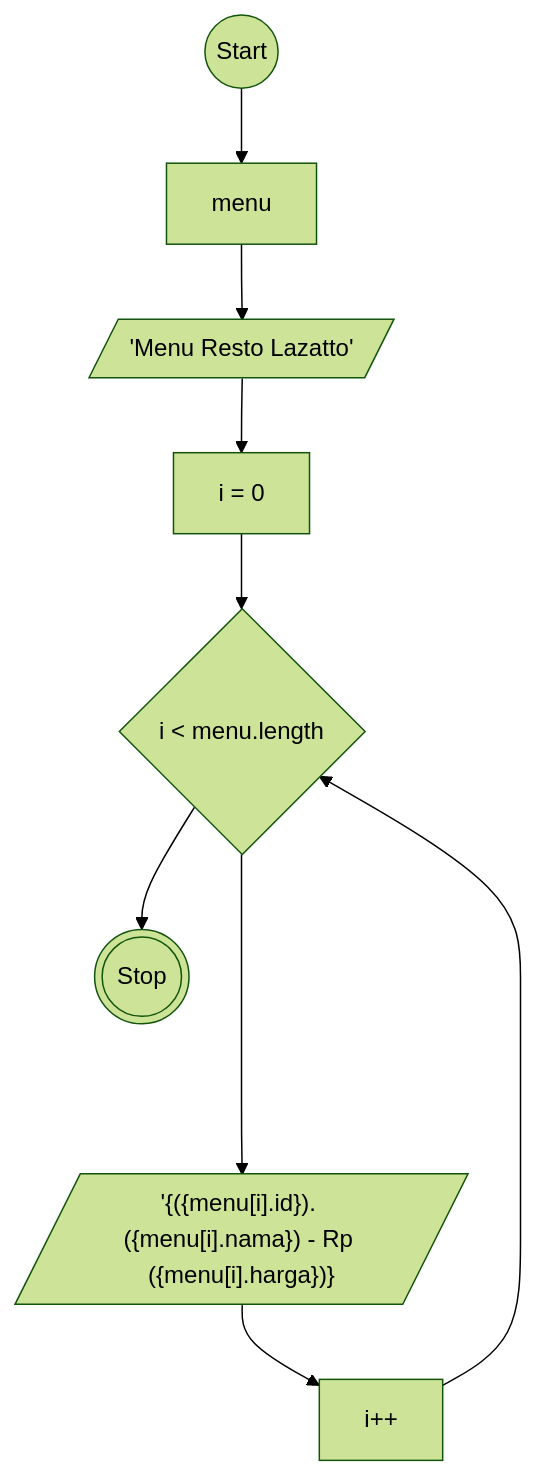
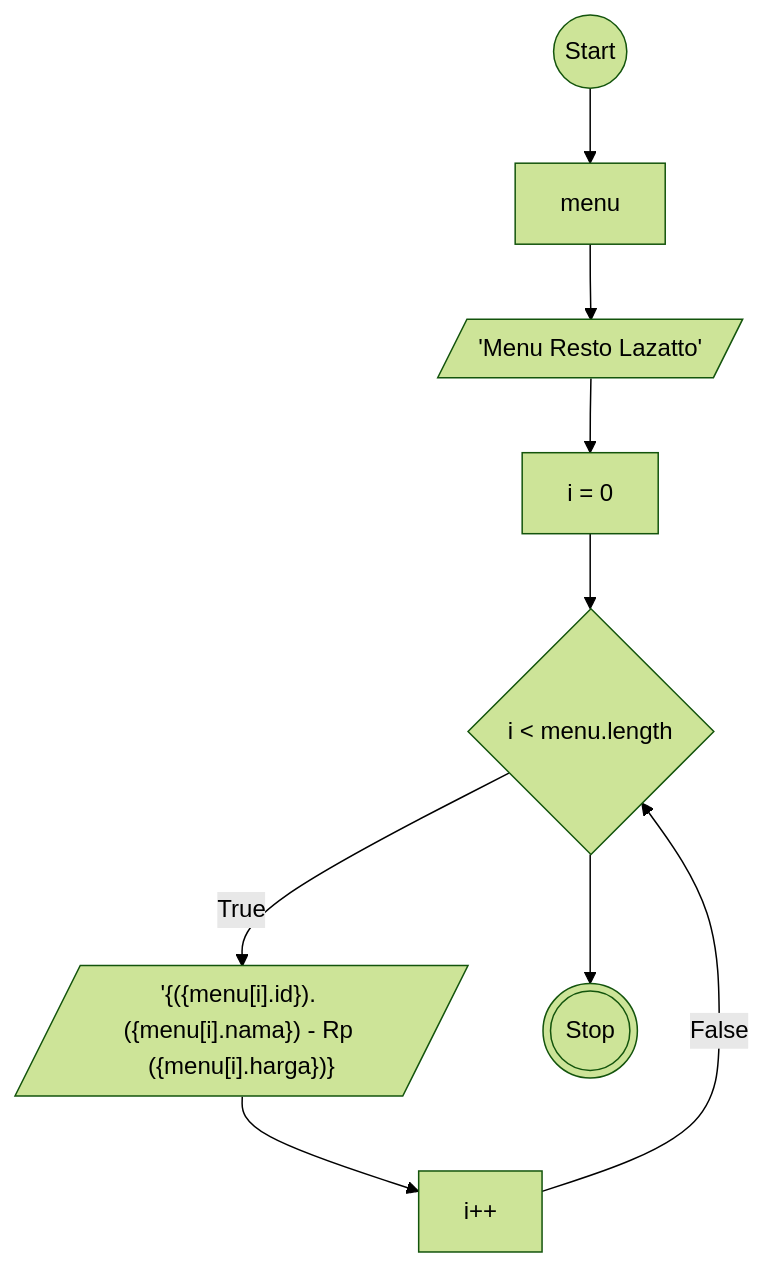
The diagram in readme.md (MuhamadRafliShidiq/koda-b8-weekly1), drawn with Mermaid (forest theme) before and after one commit.

````diff
--- a/readme.md
+++ b/readme.md
@@ -5,20 +5,20 @@
 ```mermaid
 
     flowchart TD
 
     a@{ shape: circle, label: "Start"}
     z@{ shape: rect, label: "menu"}
     b@{ shape: lean-r, label: "'Menu Resto Lazatto'"}
     c@{ shape: rect, label: "i = 0" }
     d@{ shape: diamond, label: "i < menu.length"}
     e@{ shape: lean-r, label : "'{({menu[i].id}). ({menu[i].nama}) - Rp ({menu[i].harga})}"}
     f@{ shape: rect, label: "i++" }
     g@{ shape: dbl-circ, label: "Stop"}
 
     a-->z-->b-->c-->d-->g
 
-    d---->e-->f
-    f-->d
+    d--True-->e-->f
+    f--False-->d
 
 
 ```
````
